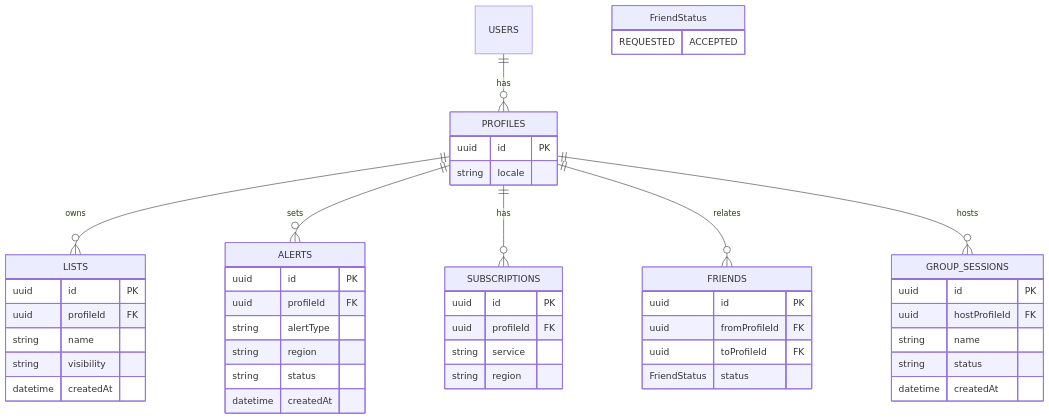
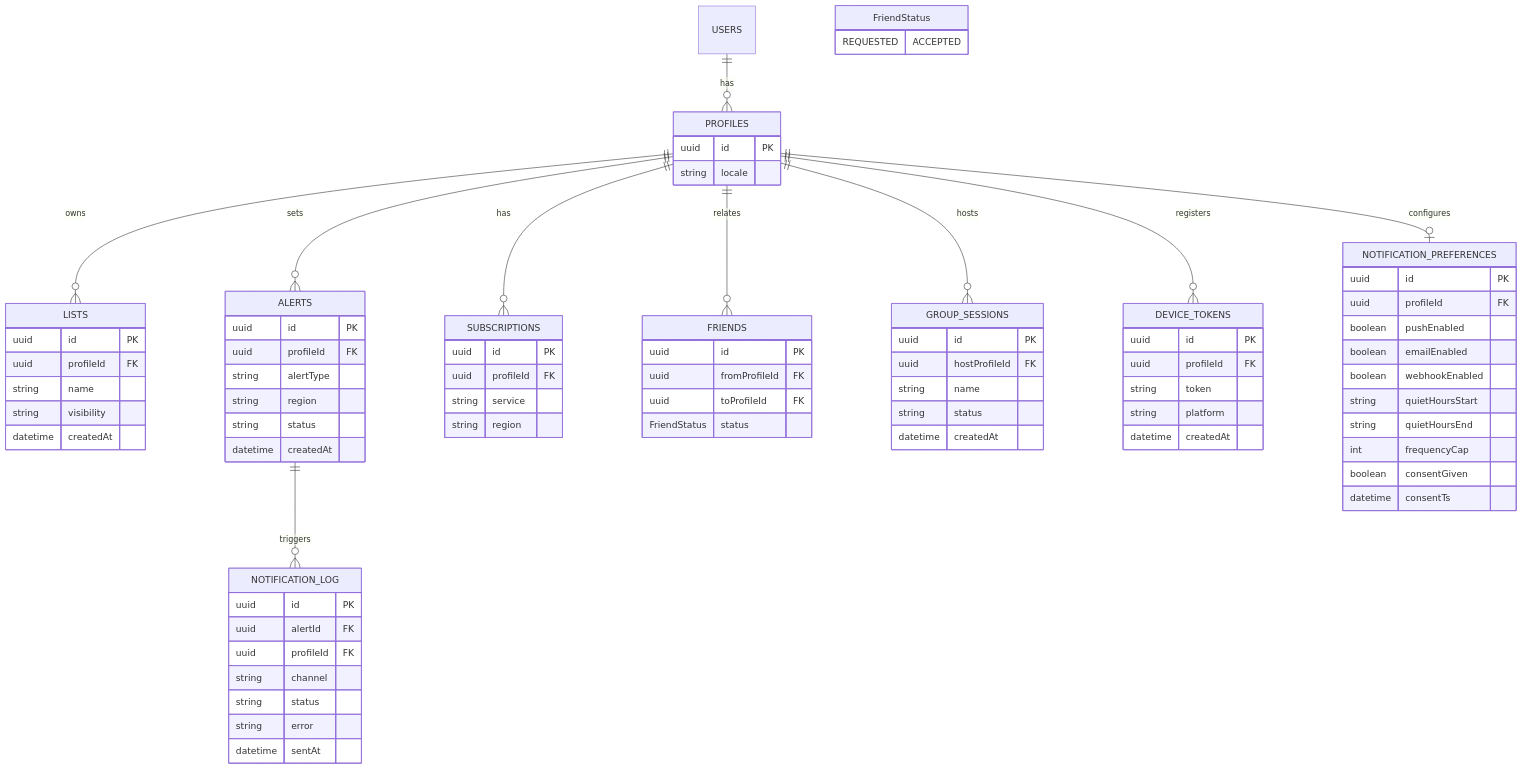
One commit to aibidapo/whot2watch changed the diagram in whot2watch-docs/docs/ERD.mmd. Above: the diagram before and after it, drawn with Mermaid. The commit also changed 25 other files, not shown here.

```diff
--- a/whot2watch-docs/docs/ERD.mmd
+++ b/whot2watch-docs/docs/ERD.mmd
@@ -1,57 +1,91 @@
 erDiagram
   USERS ||--o{ PROFILES : has
 
   PROFILES {
     uuid id PK
     string locale
   }
 
   LISTS {
     uuid id PK
     uuid profileId FK
     string name
     string visibility
     datetime createdAt
   }
 
   ALERTS {
     uuid id PK
     uuid profileId FK
     string alertType
     string region
     string status
     datetime createdAt
   }
 
   SUBSCRIPTIONS {
     uuid id PK
     uuid profileId FK
     string service
     string region
   }
 
   FRIENDS {
     uuid id PK
     uuid fromProfileId FK
     uuid toProfileId FK
     FriendStatus status
   }
 
   GROUP_SESSIONS {
     uuid id PK
     uuid hostProfileId FK
     string name
     string status
     datetime createdAt
   }
 
+  DEVICE_TOKENS {
+    uuid id PK
+    uuid profileId FK
+    string token
+    string platform
+    datetime createdAt
+  }
+
+  NOTIFICATION_PREFERENCES {
+    uuid id PK
+    uuid profileId FK
+    boolean pushEnabled
+    boolean emailEnabled
+    boolean webhookEnabled
+    string quietHoursStart
+    string quietHoursEnd
+    int frequencyCap
+    boolean consentGiven
+    datetime consentTs
+  }
+
+  NOTIFICATION_LOG {
+    uuid id PK
+    uuid alertId FK
+    uuid profileId FK
+    string channel
+    string status
+    string error
+    datetime sentAt
+  }
+
   PROFILES ||--o{ LISTS : owns
   PROFILES ||--o{ ALERTS : sets
   PROFILES ||--o{ SUBSCRIPTIONS : has
   PROFILES ||--o{ FRIENDS : relates
   PROFILES ||--o{ GROUP_SESSIONS : hosts
+  PROFILES ||--o{ DEVICE_TOKENS : registers
+  PROFILES ||--o| NOTIFICATION_PREFERENCES : configures
+  ALERTS ||--o{ NOTIFICATION_LOG : triggers
 
   FriendStatus {
     REQUESTED
     ACCEPTED
   }
```
